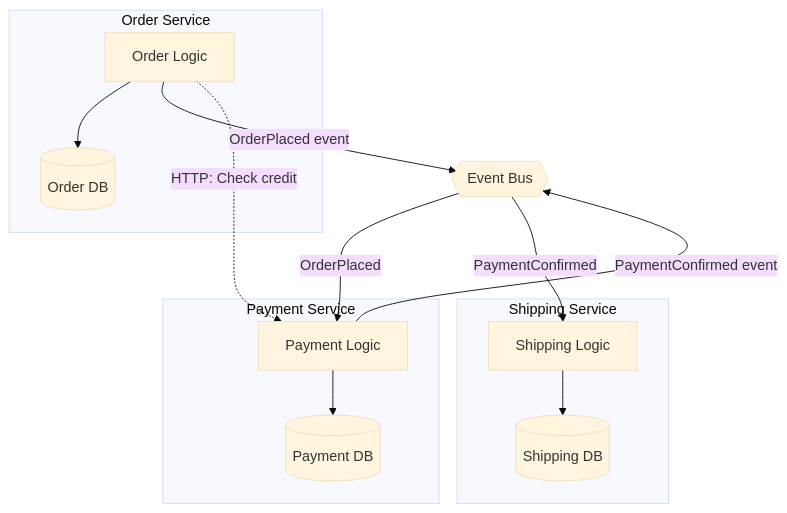
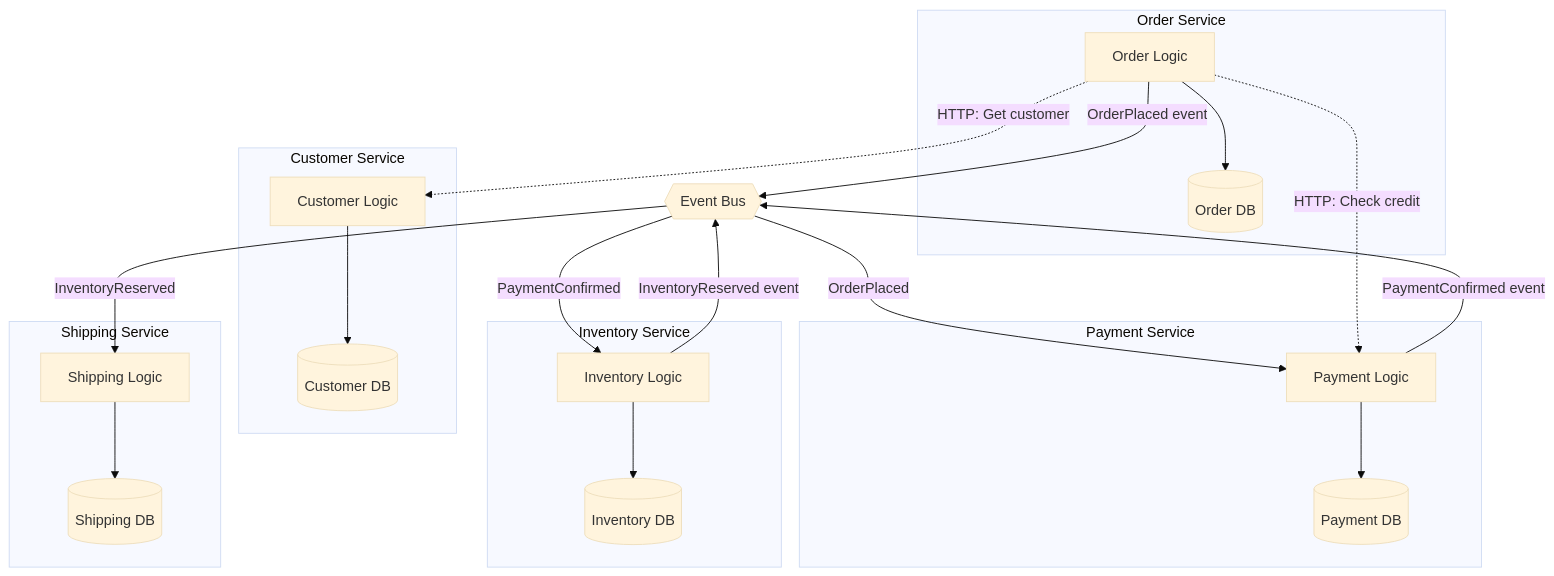
One commit to anaerobic/coupling changed the second of 8 diagrams in coupling-in-practice.md. Above: the diagram before and after it, drawn with Mermaid (base theme). The commit also changed other lines of this file, not shown here.

First line of the commit message:
Improve Scenario 1 distributed monolith, add Scenario 5 service-based architecture

````diff
--- a/coupling-in-practice.md
+++ b/coupling-in-practice.md
@@ -88,27 +178,42 @@
 ```mermaid
 flowchart TD
     subgraph Order ["Order Service"]
         OS[Order Logic]
         ODB[(Order DB)]
         OS --> ODB
     end
     
     subgraph Payment ["Payment Service"]
         PS[Payment Logic]
         PDB[(Payment DB)]
         PS --> PDB
     end
     
+    subgraph Customer ["Customer Service"]
+        CSvc[Customer Logic]
+        CDB[(Customer DB)]
+        CSvc --> CDB
+    end
+    
+    subgraph Inventory ["Inventory Service"]
+        ISvc[Inventory Logic]
+        IDB[(Inventory DB)]
+        ISvc --> IDB
+    end
+    
     subgraph Shipping ["Shipping Service"]
         SS[Shipping Logic]
         SDB[(Shipping DB)]
         SS --> SDB
     end
     
     OS -->|"OrderPlaced event"| EB{{Event Bus}}
     EB -->|"OrderPlaced"| PS
-    EB -->|"PaymentConfirmed"| SS
+    EB -->|"PaymentConfirmed"| ISvc
+    EB -->|"InventoryReserved"| SS
     PS -->|"PaymentConfirmed event"| EB
+    ISvc -->|"InventoryReserved event"| EB
     
     OS -.->|"HTTP: Check credit"| PS
+    OS -.->|"HTTP: Get customer"| CSvc
 ```
````
